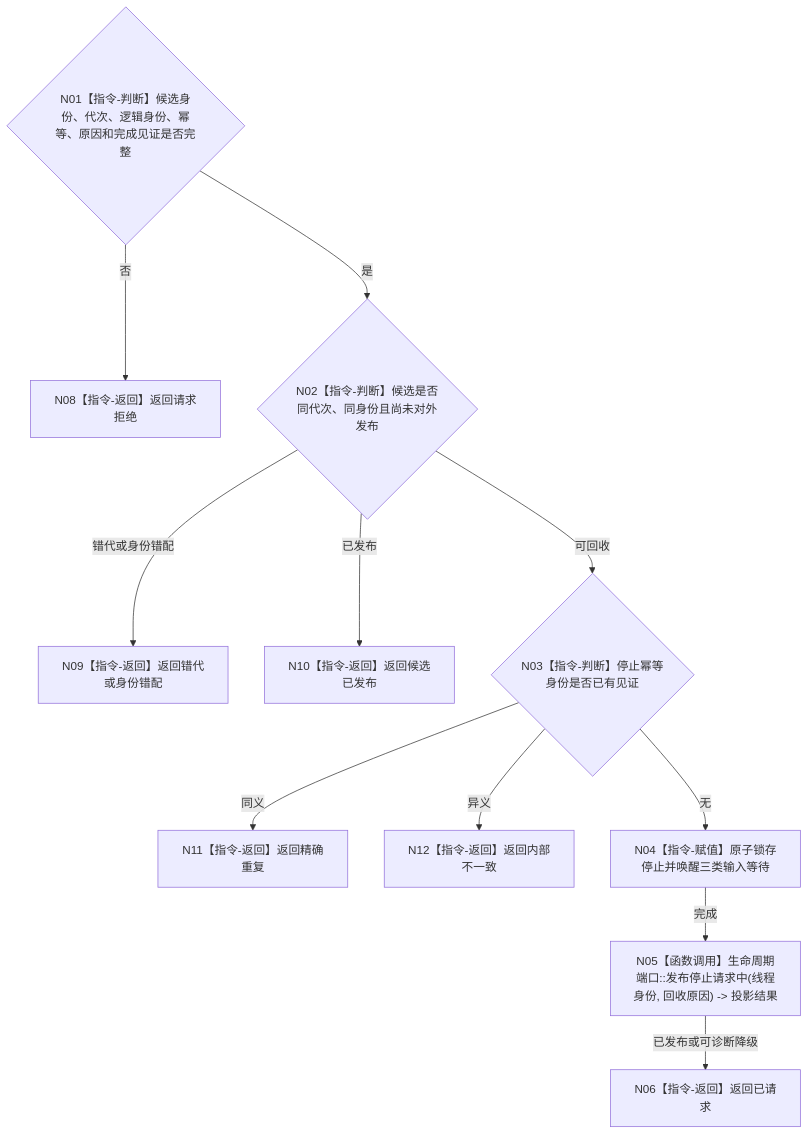
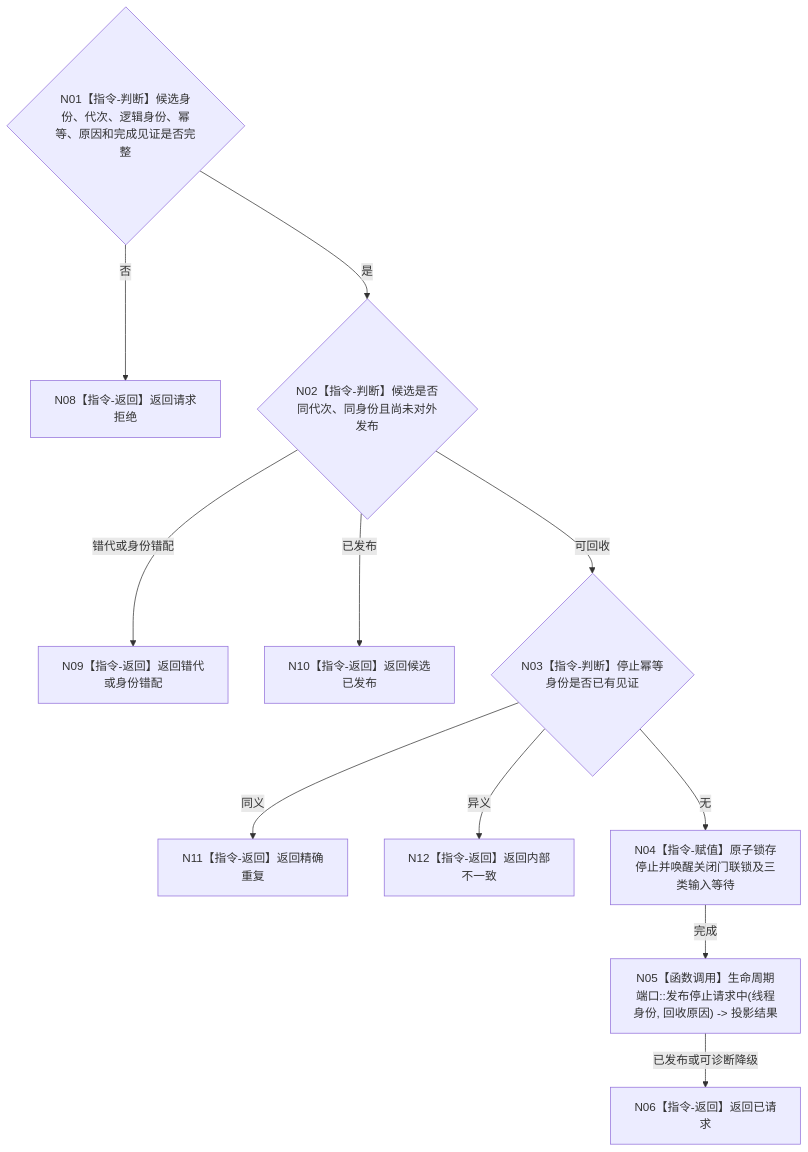
The diagram in 流程图/目标业务流程图/L4/BIZ-L4-001-06-02-01_请求任务管理线程启动候选停止_目标函数流程图_v0.1.md (chunhaizh-cyber/HY-Ego), drawn with Mermaid before and after one commit. The commit also changed other lines of this file and 17 other files, not shown here.

````diff
--- a/流程图/目标业务流程图/L4/BIZ-L4-001-06-02-01_请求任务管理线程启动候选停止_目标函数流程图_v0.1.md
+++ b/流程图/目标业务流程图/L4/BIZ-L4-001-06-02-01_请求任务管理线程启动候选停止_目标函数流程图_v0.1.md
@@ -30,13 +30,13 @@
 ```mermaid
 flowchart TD
  N01{"N01【指令-判断】候选身份、代次、逻辑身份、幂等、原因和完成见证是否完整"} -->|否| N08["N08【指令-返回】返回请求拒绝"]
  N01 -->|是| N02{"N02【指令-判断】候选是否同代次、同身份且尚未对外发布"}
  N02 -->|错代或身份错配| N09["N09【指令-返回】返回错代或身份错配"]
  N02 -->|已发布| N10["N10【指令-返回】返回候选已发布"]
  N02 -->|可回收| N03{"N03【指令-判断】停止幂等身份是否已有见证"}
  N03 -->|同义| N11["N11【指令-返回】返回精确重复"]
  N03 -->|异义| N12["N12【指令-返回】返回内部不一致"]
- N03 -->|无| N04["N04【指令-赋值】原子锁存停止并唤醒三类输入等待"]
+ N03 -->|无| N04["N04【指令-赋值】原子锁存停止并唤醒关闭门联锁及三类输入等待"]
  N04 -->|完成| N05["N05【函数调用】生命周期端口::发布停止请求中(线程身份, 回收原因) -> 投影结果"]
  N05 -->|已发布或可诊断降级| N06["N06【指令-返回】返回已请求"]
 ```
````
